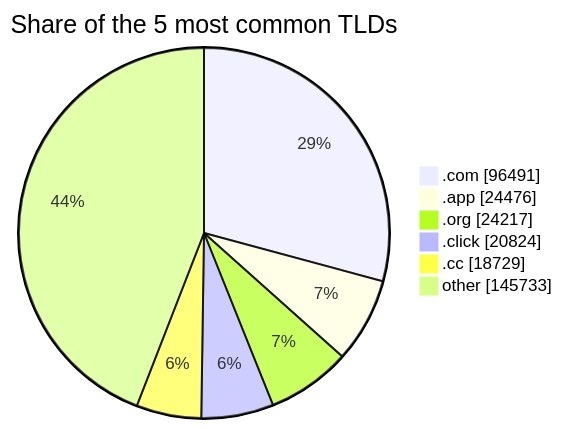
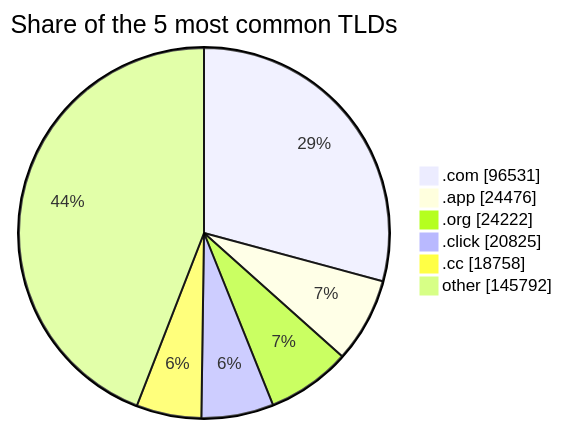
Before and after one commit to DNSBunker/CTI: the third of 3 diagrams in README.md, drawn with Mermaid. The commit also changed other lines of this file and 4 other files, not shown here.

````diff
--- a/README.md
+++ b/README.md
@@ -81,9 +81,9 @@
 ```mermaid
 pie showData title Share of the 5 most common TLDs
-    ".com" : 96491
+    ".com" : 96531
     ".app" : 24476
-    ".org" : 24217
-    ".click" : 20824
-    ".cc" : 18729
-    "other" : 145733
+    ".org" : 24222
+    ".click" : 20825
+    ".cc" : 18758
+    "other" : 145792
 ```
````
